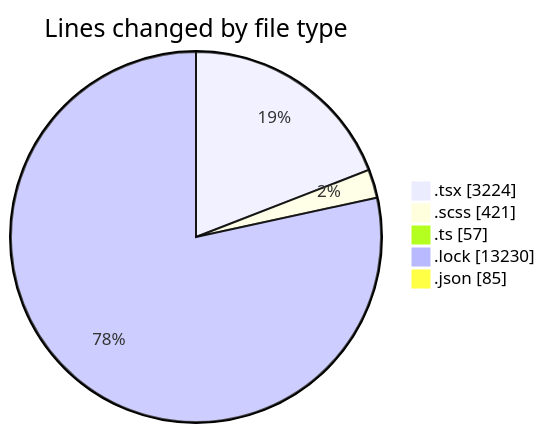
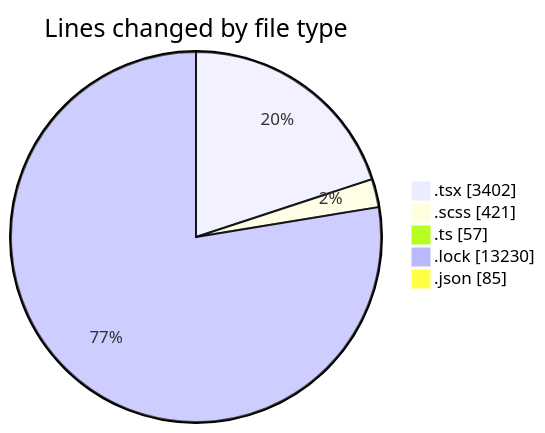
The first of 2 diagrams in 2025-10-01/cda/README.md (momahboobian/code-tracking), drawn with Mermaid before and after one commit. The commit also changed other lines of this file and 1 other file, not shown here.

````diff
--- a/2025-10-01/cda/README.md
+++ b/2025-10-01/cda/README.md
@@ -29,9 +29,9 @@
 ```mermaid
 pie showData
 title Lines changed by file type
-".tsx" : 3224
+".tsx" : 3402
 ".scss" : 421
 ".ts" : 57
 ".lock" : 13230
 ".json" : 85
 ```
````
